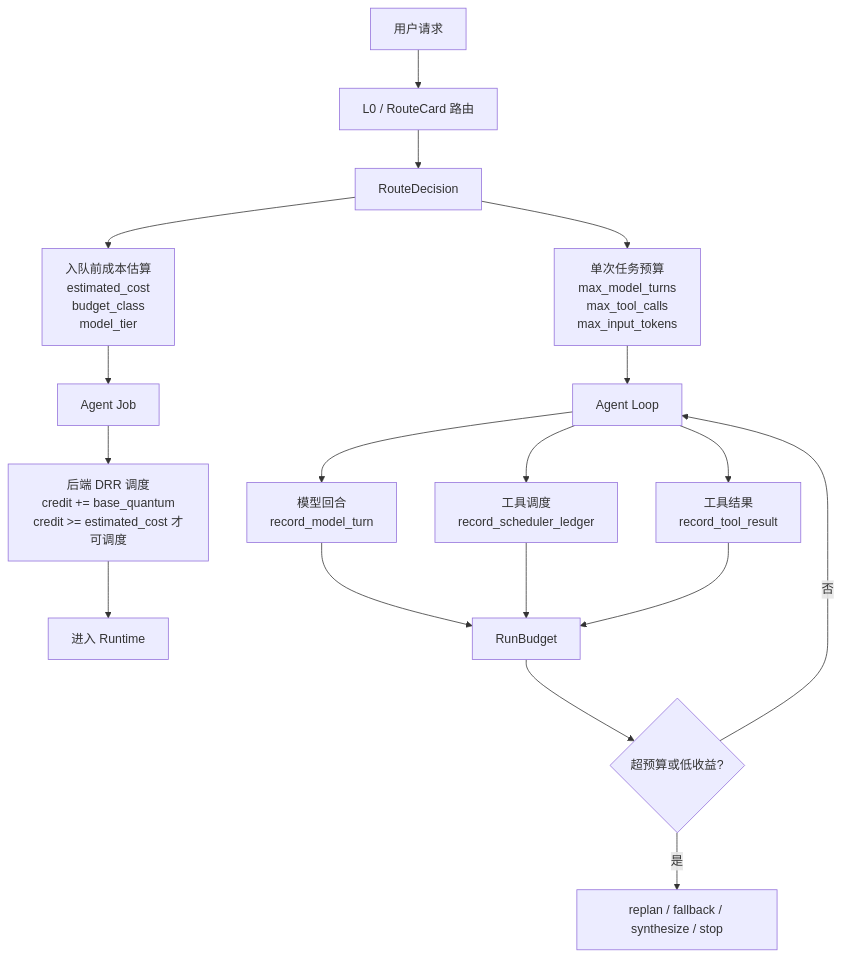
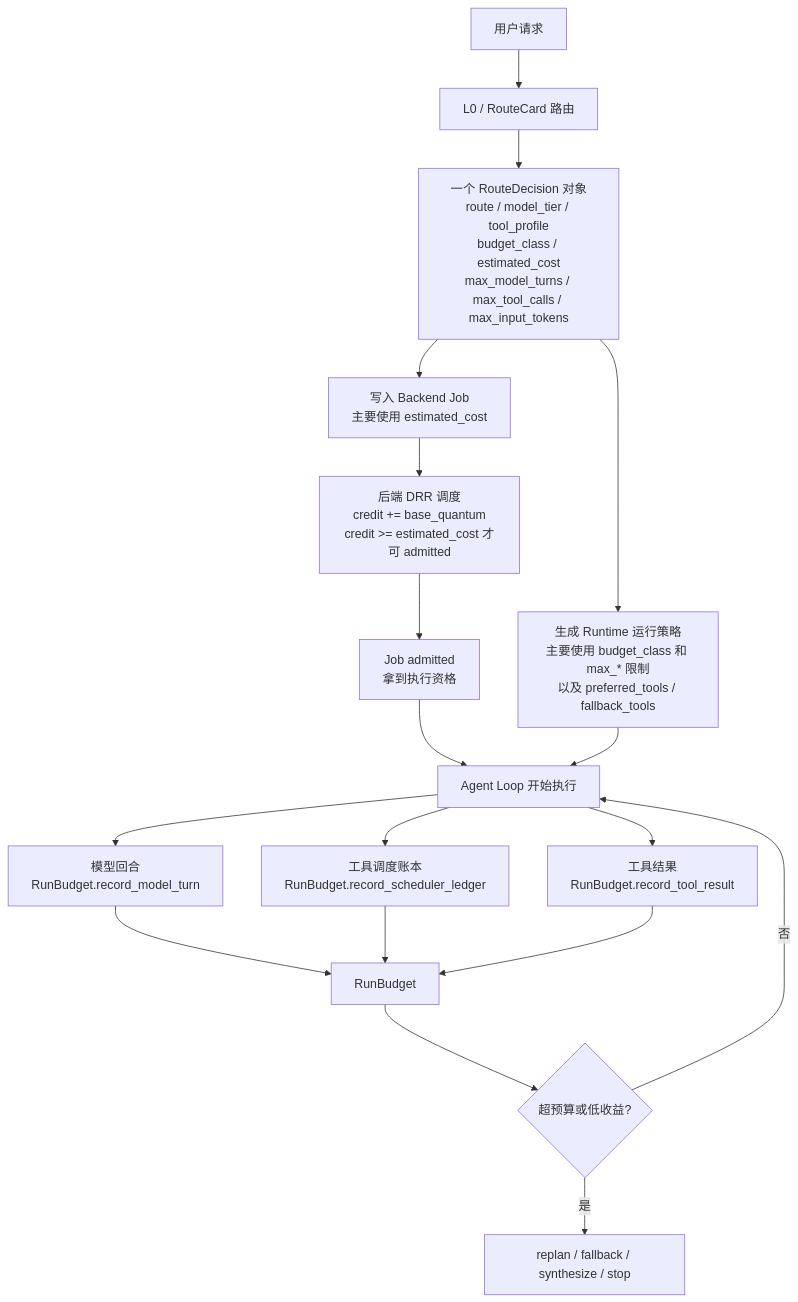
Before and after one commit to yaohedelishashuiwujiao-ctrl/CarAgent-python: the diagram in docs/agentic-rag-interview-course/25-成本控制闭环.md, drawn with Mermaid. The commit also changed other lines of this file and 26 other files, not shown here.

````diff
--- a/docs/agentic-rag-interview-course/25-成本控制闭环.md
+++ b/docs/agentic-rag-interview-course/25-成本控制闭环.md
@@ -29,25 +49,25 @@
 ```mermaid
 flowchart TD
     U[用户请求] --> L0[L0 / RouteCard 路由]
-    L0 --> RD[RouteDecision]
+    L0 --> RD[一个 RouteDecision 对象<br/>route / model_tier / tool_profile<br/>budget_class / estimated_cost<br/>max_model_turns / max_tool_calls / max_input_tokens]
 
-    RD --> C1[入队前成本估算<br/>estimated_cost<br/>budget_class<br/>model_tier]
-    C1 --> J[Agent Job]
-    J --> DRR[后端 DRR 调度<br/>credit += base_quantum<br/>credit >= estimated_cost 才可调度]
-    DRR --> RUN[进入 Runtime]
+    RD --> JOB[写入 Backend Job<br/>主要使用 estimated_cost]
+    JOB --> DRR[后端 DRR 调度<br/>credit += base_quantum<br/>credit >= estimated_cost 才可 admitted]
+    DRR --> ADMIT[Job admitted<br/>拿到执行资格]
 
-    RD --> C2[单次任务预算<br/>max_model_turns<br/>max_tool_calls<br/>max_input_tokens]
-    C2 --> LOOP[Agent Loop]
+    RD --> POLICY[生成 Runtime 运行策略<br/>主要使用 budget_class 和 max_* 限制<br/>以及 preferred_tools / fallback_tools]
+    ADMIT --> LOOP[Agent Loop 开始执行]
+    POLICY --> LOOP
 
-    LOOP --> MT[模型回合<br/>record_model_turn]
-    LOOP --> TS[工具调度<br/>record_scheduler_ledger]
-    LOOP --> TR[工具结果<br/>record_tool_result]
+    LOOP --> MT[模型回合<br/>RunBudget.record_model_turn]
+    LOOP --> TS[工具调度账本<br/>RunBudget.record_scheduler_ledger]
+    LOOP --> TR[工具结果<br/>RunBudget.record_tool_result]
 
     MT --> RB[RunBudget]
     TS --> RB
     TR --> RB
 
     RB --> CHECK{超预算或低收益?}
     CHECK -- 否 --> LOOP
     CHECK -- 是 --> ACTION[replan / fallback / synthesize / stop]
 ```
````
